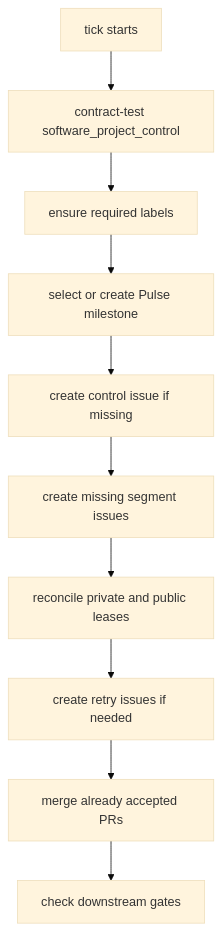
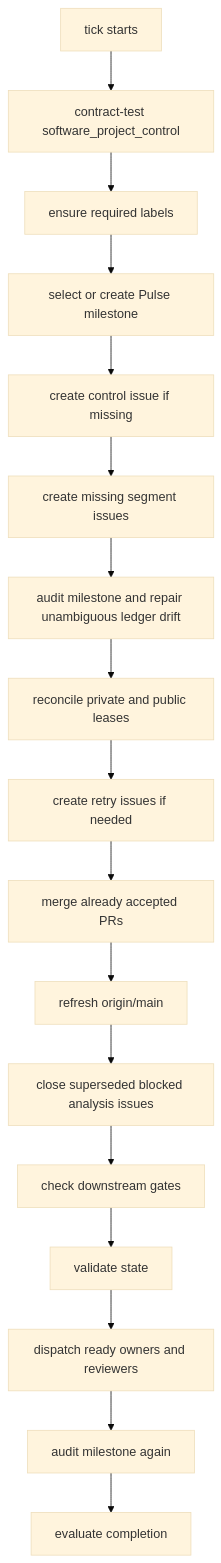
Before and after one commit to AurigaAgents/market-intelligence-pulse: the third of 6 diagrams in docs/market-intelligence-pulse-architecture.md, drawn with Mermaid (base theme). The commit also changed other lines of this file and 8 other files, not shown here.

First line of the commit message:
Document Market Pulse pipeline hardening, add docs/change-history.md as review ledger, and allow reviewed docs/governance PRs to satisfy market-pulse/reviewer-verdict through the change-history adapter path.

````diff
--- a/docs/market-intelligence-pulse-architecture.md
+++ b/docs/market-intelligence-pulse-architecture.md
@@ -613,12 +678,19 @@
 ```mermaid
 flowchart TD
     A[tick starts] --> B[contract-test software_project_control]
     B --> C[ensure required labels]
     C --> D[select or create Pulse milestone]
     D --> E[create control issue if missing]
     E --> F[create missing segment issues]
-    F --> G[reconcile private and public leases]
-    G --> H[create retry issues if needed]
-    H --> I[merge already accepted PRs]
-    I --> J[check downstream gates]
+    F --> G[audit milestone and repair unambiguous ledger drift]
+    G --> H[reconcile private and public leases]
+    H --> I[create retry issues if needed]
+    I --> J[merge already accepted PRs]
+    J --> K[refresh origin/main]
+    K --> L[close superseded blocked analysis issues]
+    L --> M[check downstream gates]
+    M --> N[validate state]
+    N --> O[dispatch ready owners and reviewers]
+    O --> P[audit milestone again]
+    P --> Q[evaluate completion]
 ```
````
